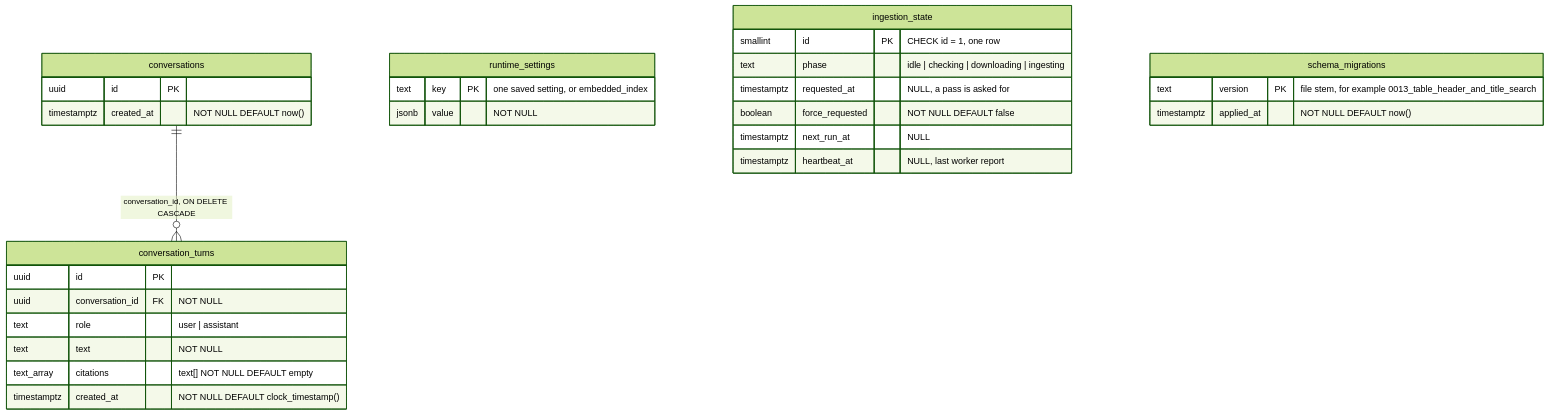
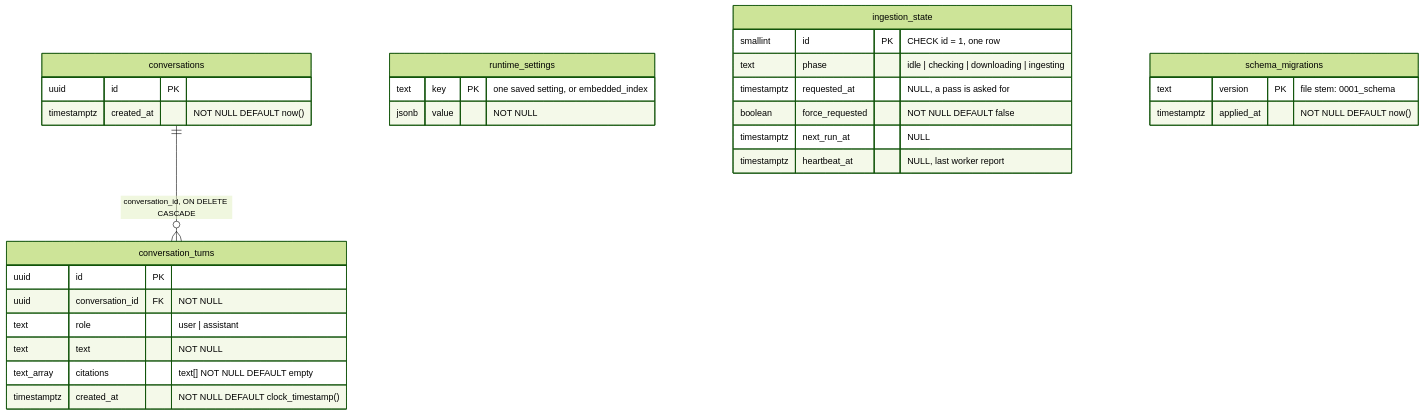
The second of 2 diagrams in docs/diagrams/erd.md (G-MAKROGLOU/docuchat), drawn with Mermaid (forest theme) before and after one commit. The commit also changed other lines of this file and 15 other files, not shown here.

Commit message:
refactor(db): collapse the migrations into one schema file

````diff
--- a/docs/diagrams/erd.md
+++ b/docs/diagrams/erd.md
@@ -69,37 +69,37 @@
 ```mermaid
 erDiagram
     conversations ||--o{ conversation_turns : "conversation_id, ON DELETE CASCADE"
 
     conversations {
         uuid id PK
         timestamptz created_at "NOT NULL DEFAULT now()"
     }
 
     conversation_turns {
         uuid id PK
         uuid conversation_id FK "NOT NULL"
         text role "user | assistant"
         text text "NOT NULL"
         text_array citations "text[] NOT NULL DEFAULT empty"
         timestamptz created_at "NOT NULL DEFAULT clock_timestamp()"
     }
 
     runtime_settings {
         text key PK "one saved setting, or embedded_index"
         jsonb value "NOT NULL"
     }
 
     ingestion_state {
         smallint id PK "CHECK id = 1, one row"
         text phase "idle | checking | downloading | ingesting"
         timestamptz requested_at "NULL, a pass is asked for"
         boolean force_requested "NOT NULL DEFAULT false"
         timestamptz next_run_at "NULL"
         timestamptz heartbeat_at "NULL, last worker report"
     }
 
     schema_migrations {
-        text version PK "file stem, for example 0013_table_header_and_title_search"
+        text version PK "file stem: 0001_schema"
         timestamptz applied_at "NOT NULL DEFAULT now()"
     }
 ```
````
